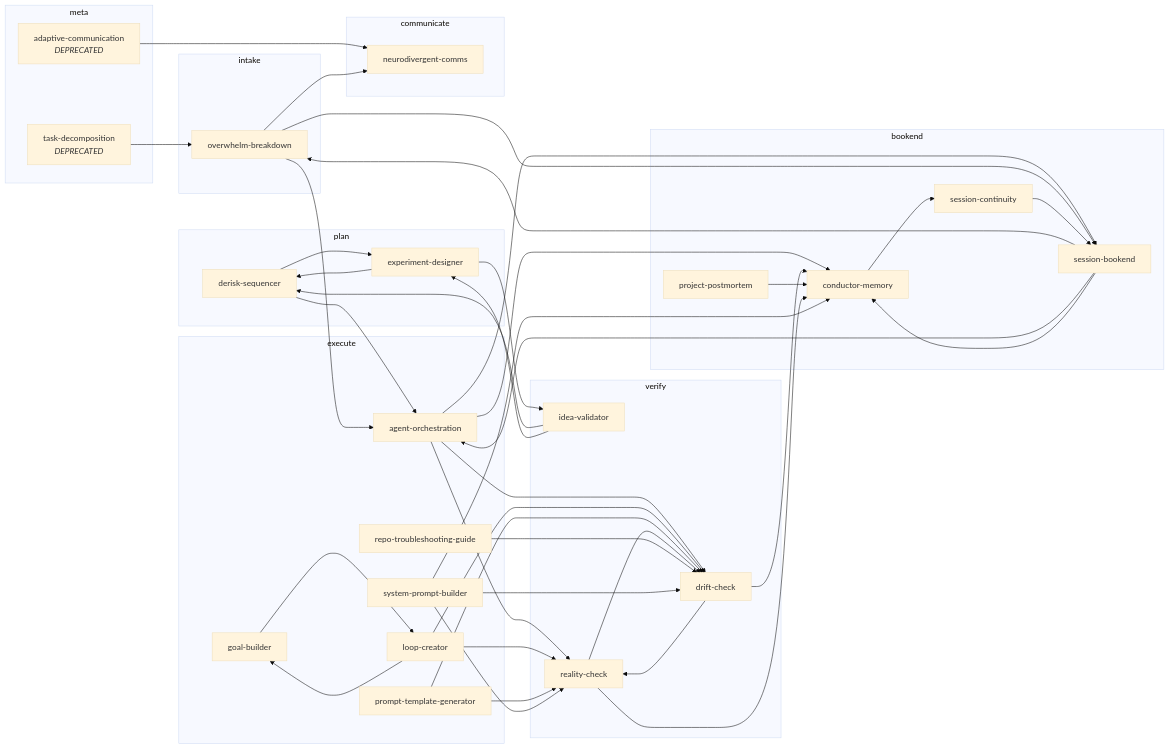
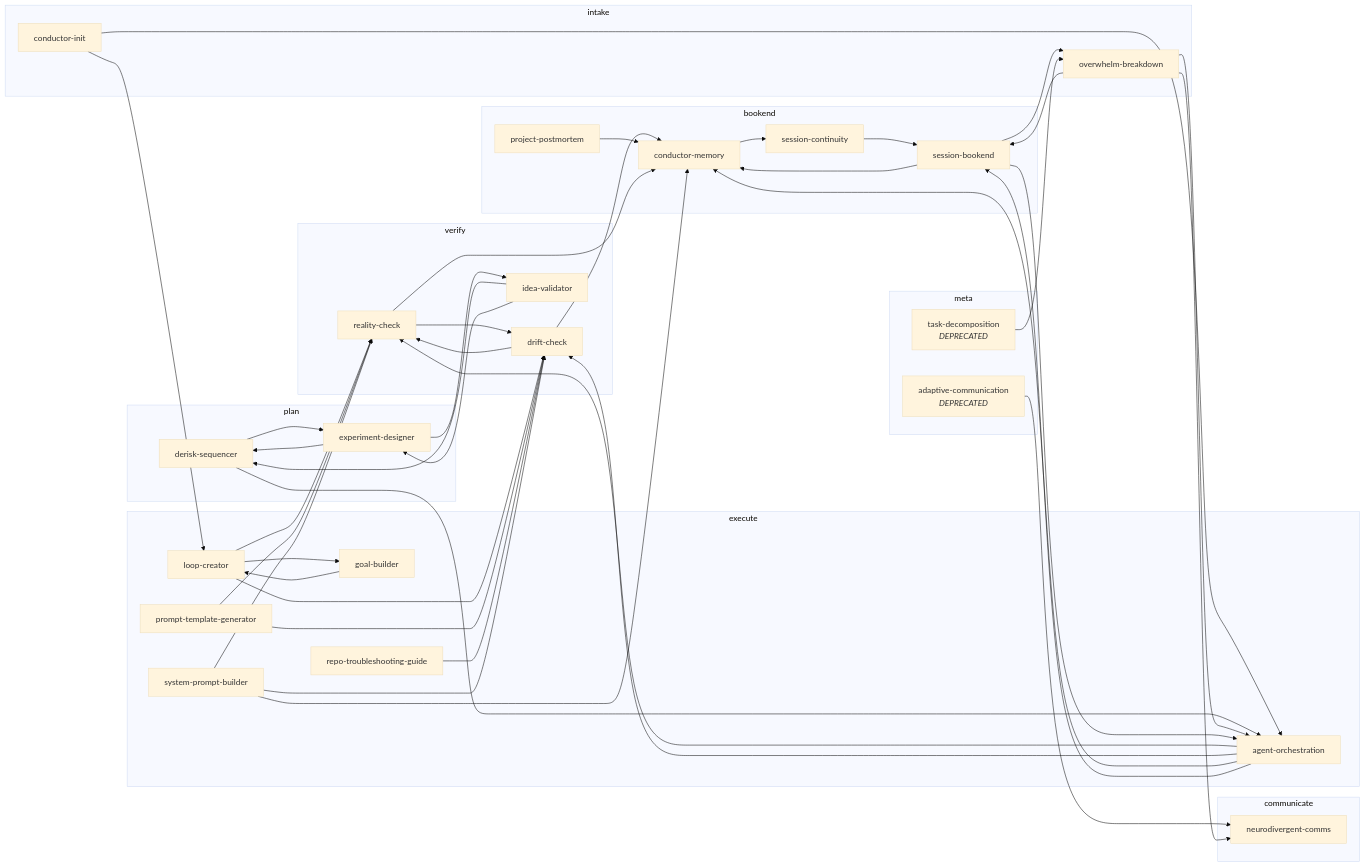
The diagram in skill-graph.md (scoobydrew83/skills), drawn with Mermaid (base theme) before and after one commit. The commit also changed other lines of this file and 4 other files, not shown here.

````diff
--- a/skill-graph.md
+++ b/skill-graph.md
@@ -32,71 +33,74 @@
 ```mermaid
 graph LR
   subgraph intake
+    conductor-init
     overwhelm-breakdown
   end
   subgraph plan
     derisk-sequencer
     experiment-designer
   end
   subgraph execute
     agent-orchestration
     goal-builder
     loop-creator
     prompt-template-generator
     repo-troubleshooting-guide
     system-prompt-builder
   end
   subgraph verify
     drift-check
     idea-validator
     reality-check
   end
   subgraph communicate
     neurodivergent-comms
   end
   subgraph bookend
     conductor-memory
     project-postmortem
     session-bookend
     session-continuity
   end
   subgraph meta
     adaptive-communication["adaptive-communication<br/><i>DEPRECATED</i>"]
     task-decomposition["task-decomposition<br/><i>DEPRECATED</i>"]
   end
   adaptive-communication --> neurodivergent-comms
   agent-orchestration --> reality-check
   agent-orchestration --> drift-check
   agent-orchestration --> conductor-memory
   agent-orchestration --> session-bookend
+  conductor-init --> loop-creator
+  conductor-init --> agent-orchestration
   conductor-memory --> session-continuity
   derisk-sequencer --> experiment-designer
   derisk-sequencer --> agent-orchestration
   drift-check --> reality-check
   drift-check --> conductor-memory
   experiment-designer --> idea-validator
   experiment-designer --> derisk-sequencer
   goal-builder --> loop-creator
   idea-validator --> derisk-sequencer
   idea-validator --> experiment-designer
   loop-creator --> reality-check
   loop-creator --> drift-check
   loop-creator --> goal-builder
   overwhelm-breakdown --> agent-orchestration
   overwhelm-breakdown --> neurodivergent-comms
   overwhelm-breakdown --> session-bookend
   project-postmortem --> conductor-memory
   prompt-template-generator --> drift-check
   prompt-template-generator --> reality-check
   reality-check --> drift-check
   reality-check --> conductor-memory
   repo-troubleshooting-guide --> drift-check
   session-bookend --> overwhelm-breakdown
   session-bookend --> agent-orchestration
   session-bookend --> conductor-memory
   session-continuity --> session-bookend
   system-prompt-builder --> reality-check
   system-prompt-builder --> drift-check
   system-prompt-builder --> conductor-memory
   task-decomposition --> overwhelm-breakdown
 ```
````
